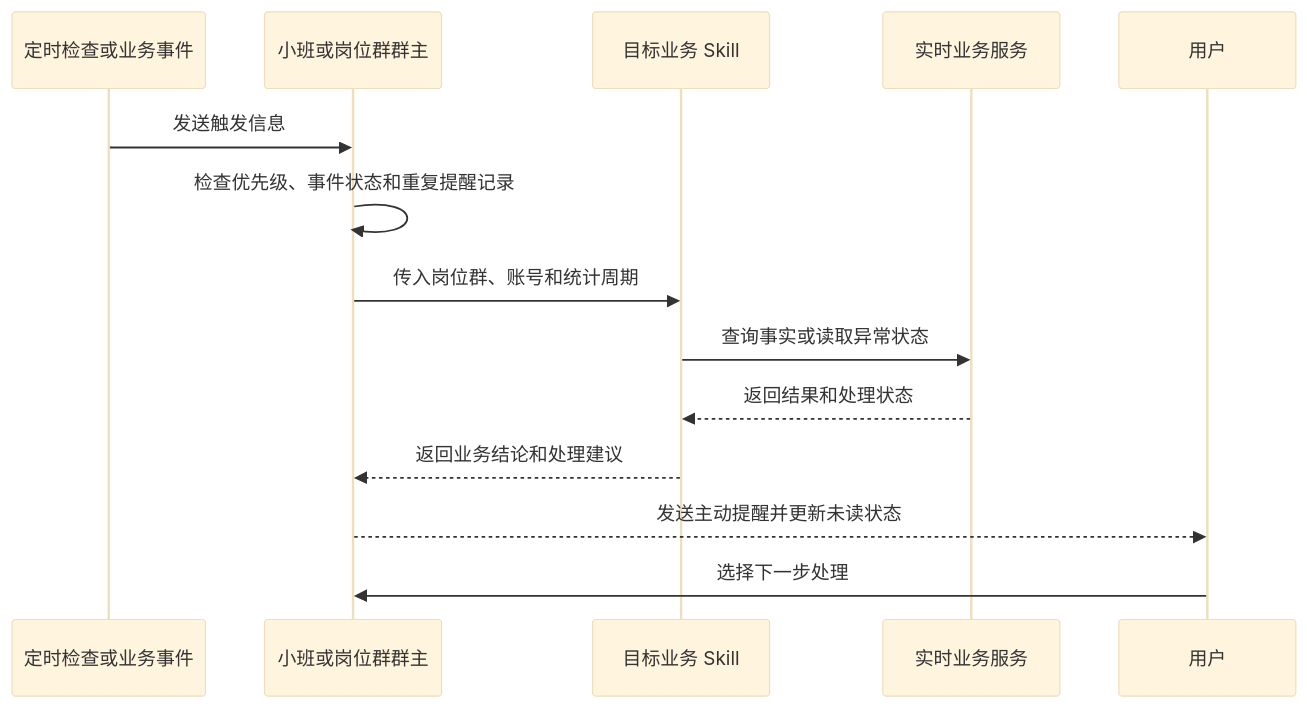
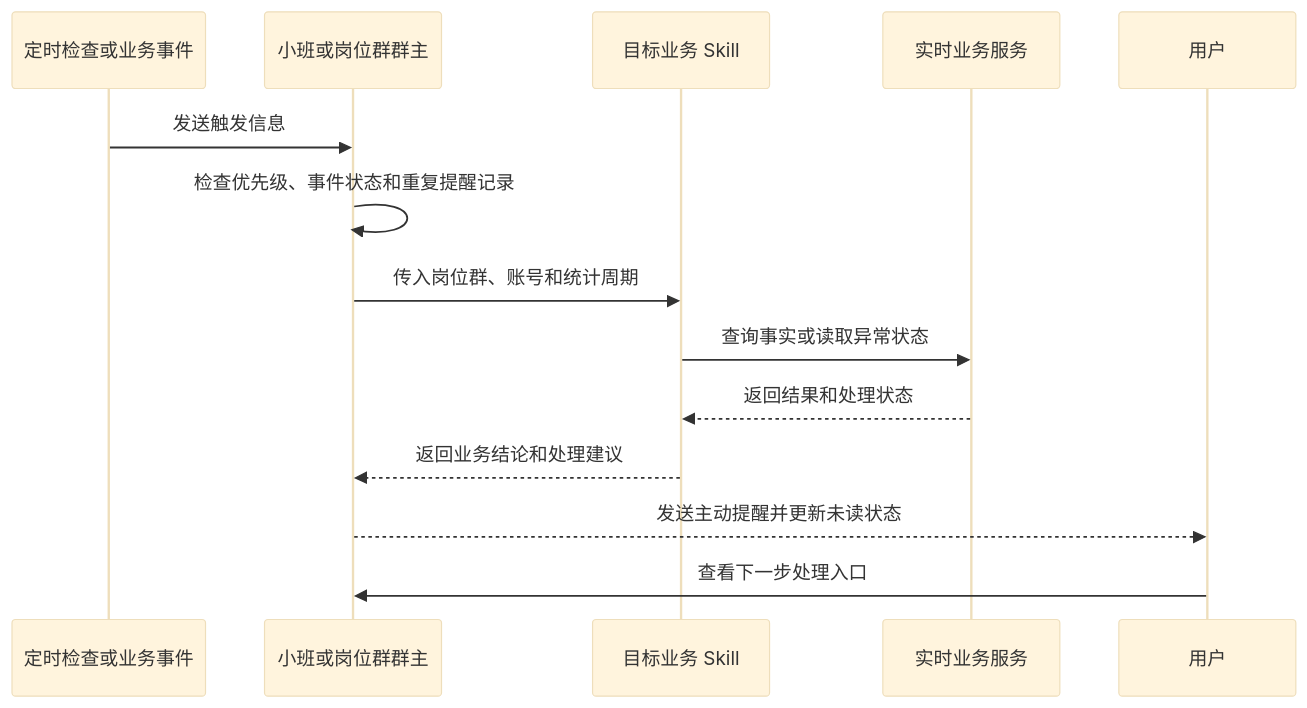
The fourth of 9 diagrams in PRD-v1.1-对话逻辑设计方案.md (hunterandrabbits-a11y/AI-Army), drawn with Mermaid (base theme) before and after one commit. The commit also changed other lines of this file, not shown here.

````diff
--- a/PRD-v1.1-对话逻辑设计方案.md
+++ b/PRD-v1.1-对话逻辑设计方案.md
@@ -596,17 +582,17 @@
 ```mermaid
 sequenceDiagram
     participant T as 定时检查或业务事件
     participant A as 小班或岗位群群主
     participant S as 目标业务 Skill
     participant D as 实时业务服务
     participant U as 用户
 
     T->>A: 发送触发信息
     A->>A: 检查优先级、事件状态和重复提醒记录
     A->>S: 传入岗位群、账号和统计周期
     S->>D: 查询事实或读取异常状态
     D-->>S: 返回结果和处理状态
     S-->>A: 返回业务结论和处理建议
     A-->>U: 发送主动提醒并更新未读状态
-    U->>A: 选择下一步处理
+    U->>A: 查看下一步处理入口
 ```
````
